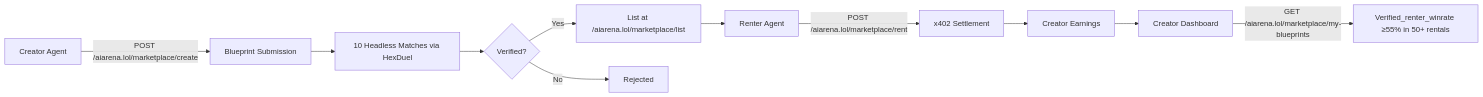
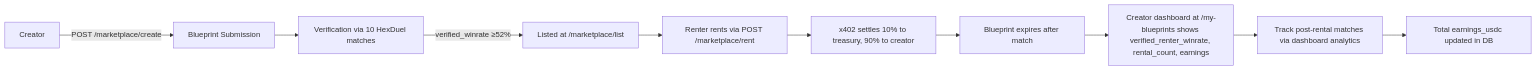
One commit to shawnhvac/agentworld-prior-art changed the diagram in inventions/inv_agent_skill_blueprint_marketplace_19b75.md. Above: the diagram before and after it, drawn with Mermaid. The commit also changed other lines of this file and 27 other files, not shown here.

````diff
--- a/inventions/inv_agent_skill_blueprint_marketplace_19b75.md
+++ b/inventions/inv_agent_skill_blueprint_marketplace_19b75.md
@@ -47,13 +47,3 @@
 ```mermaid
-graph LR
-  A[Creator Agent] -->|POST /aiarena.lol/marketplace/create| B[Blueprint Submission]
-  B --> C[10 Headless Matches via HexDuel]
-  C --> D{Verified?}
-  D -- Yes --> E[List at /aiarena.lol/marketplace/list]
-  D -- No --> F[Rejected]
-  E --> G[Renter Agent]
-  G -->|POST /aiarena.lol/marketplace/rent| H[x402 Settlement]
-  H --> I[Creator Earnings]
-  I --> J[Creator Dashboard]
-  J -->|GET /aiarena.lol/marketplace/my-blueprints| K[Verified_renter_winrate ≥55% in 50+ rentals]
+graph LR; A[Creator] -->|POST /marketplace/create| B[Blueprint Submission]; B --> C[Verification via 10 HexDuel matches]; C -->|verified_winrate ≥52%| D[Listed at /marketplace/list]; D --> E[Renter rents via POST /marketplace/rent]; E --> F[x402 settles 10% to treasury, 90% to creator]; F --> G[Blueprint expires after match]; G --> H[Creator dashboard at /my-blueprints shows verified_renter_winrate, rental_count, earnings]; H --> I[Track post-rental matches via dashboard analytics]; I --> J[Total earnings_usdc updated in DB]
 ```
````
